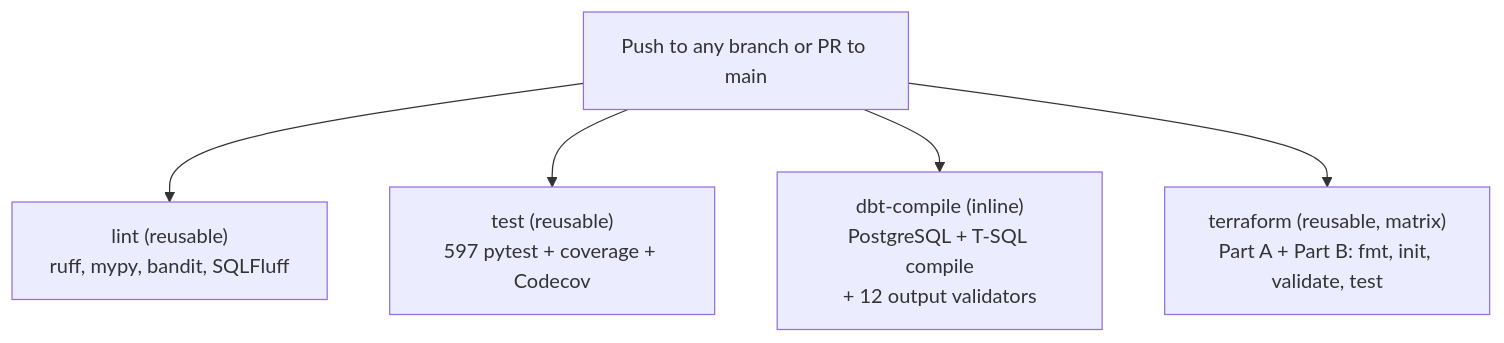
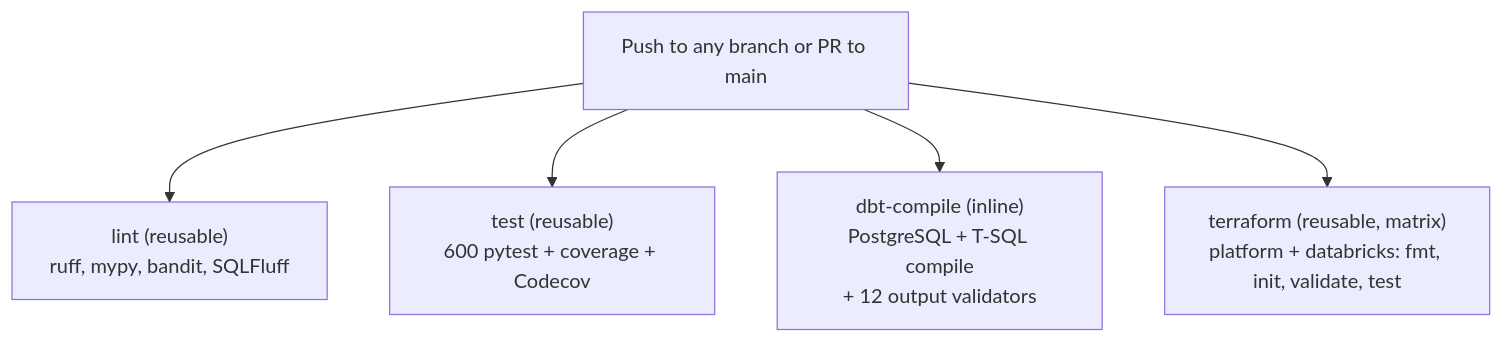
One commit to AhmedIkram05/w3c-etl-pipeline changed the seventh of 10 diagrams in docs/README-full.md. Above: the diagram before and after it, drawn with Mermaid. The commit also changed other lines of this file and 12 other files, not shown here.

````diff
--- a/docs/README-full.md
+++ b/docs/README-full.md
@@ -912,7 +943,7 @@
 ```mermaid
 flowchart TD
     ci["Push to any branch or PR to main"] --> lint["lint (reusable)<br/>ruff, mypy, bandit, SQLFluff"]
-    ci --> test["test (reusable)<br/>597 pytest + coverage + Codecov"]
+    ci --> test["test (reusable)<br/>600 pytest + coverage + Codecov"]
     ci --> dbtc["dbt-compile (inline)<br/>PostgreSQL + T-SQL compile<br/>+ 12 output validators"]
-    ci --> tf["terraform (reusable, matrix)<br/>Part A + Part B: fmt, init, validate, test"]
+    ci --> tf["terraform (reusable, matrix)<br/>platform + databricks: fmt, init, validate, test"]
 ```
````
